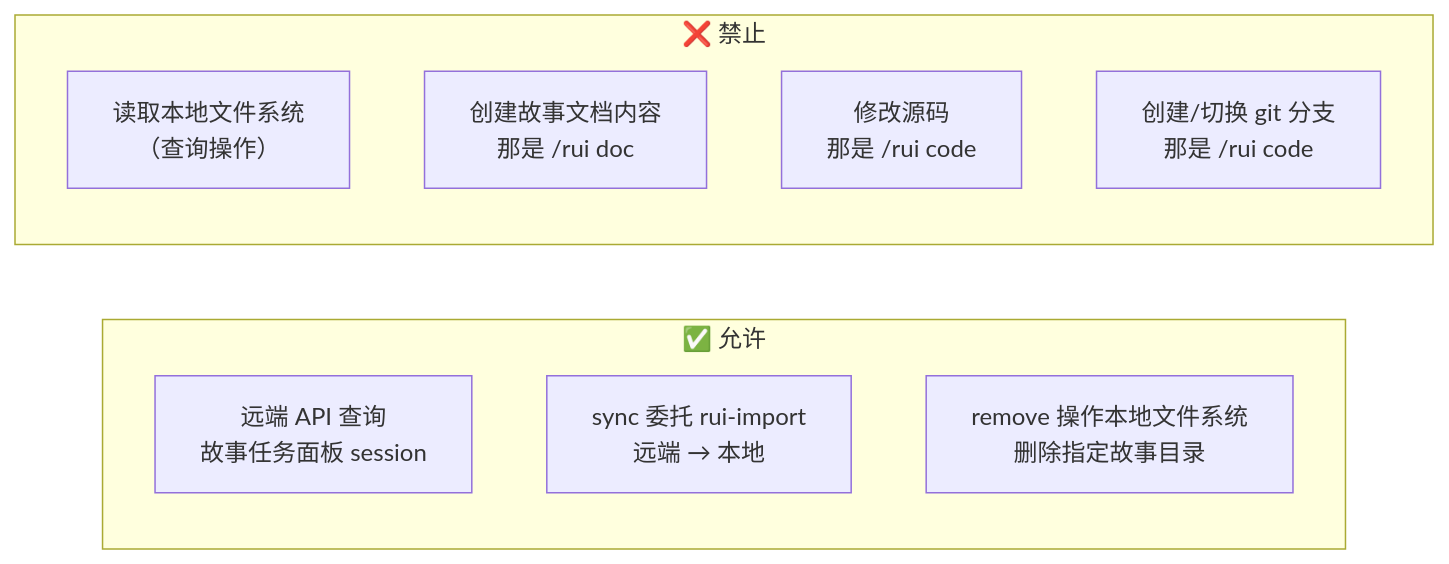
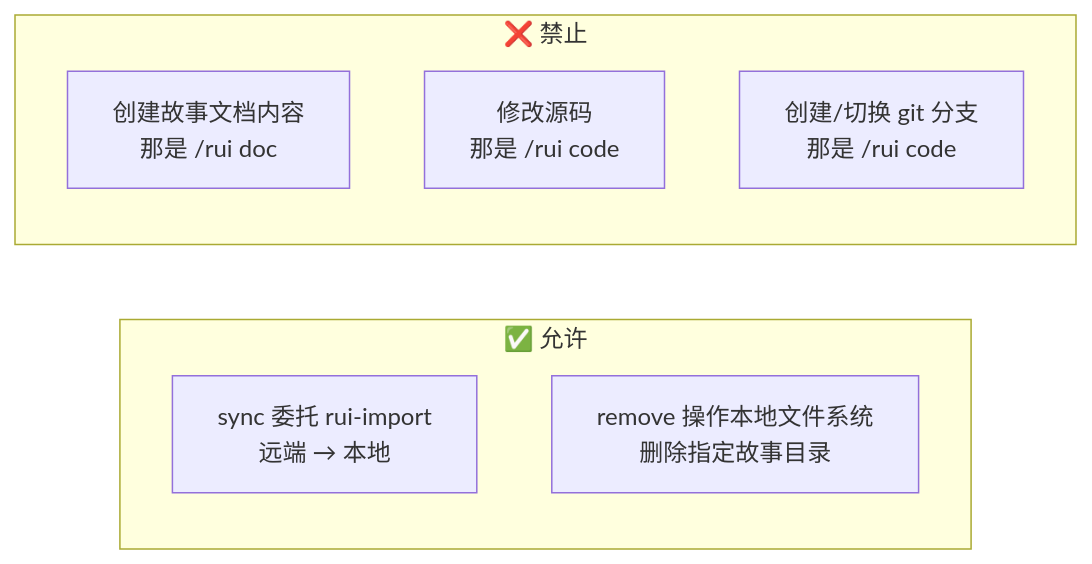
The third of 12 diagrams in skills/rui-story/SKILL.md (effiy/YrY), drawn with Mermaid before and after one commit. The commit also changed other lines of this file and 42 other files, not shown here.

First line of the commit message:
feat: apply Mermaid authoring rules (M1-M12) across entire codebase

````diff
--- a/skills/rui-story/SKILL.md
+++ b/skills/rui-story/SKILL.md
@@ -79,15 +89,16 @@
 ```mermaid
 flowchart LR
     subgraph 允许["✅ 允许"]
-        A1["远端 API 查询<br/>故事任务面板 session"]:::ok
+        direction TB
         A2["sync 委托 rui-import<br/>远端 → 本地"]:::ok
         A3["remove 操作本地文件系统<br/>删除指定故事目录"]:::ok
     end
     subgraph 禁止["❌ 禁止"]
-        B1["读取本地文件系统<br/>（查询操作）"]:::bad
+        direction TB
         B2["创建故事文档内容<br/>那是 /rui doc"]:::bad
         B3["修改源码<br/>那是 /rui code"]:::bad
         B4["创建/切换 git 分支<br/>那是 /rui code"]:::bad
     end
 
+
 ```
````
